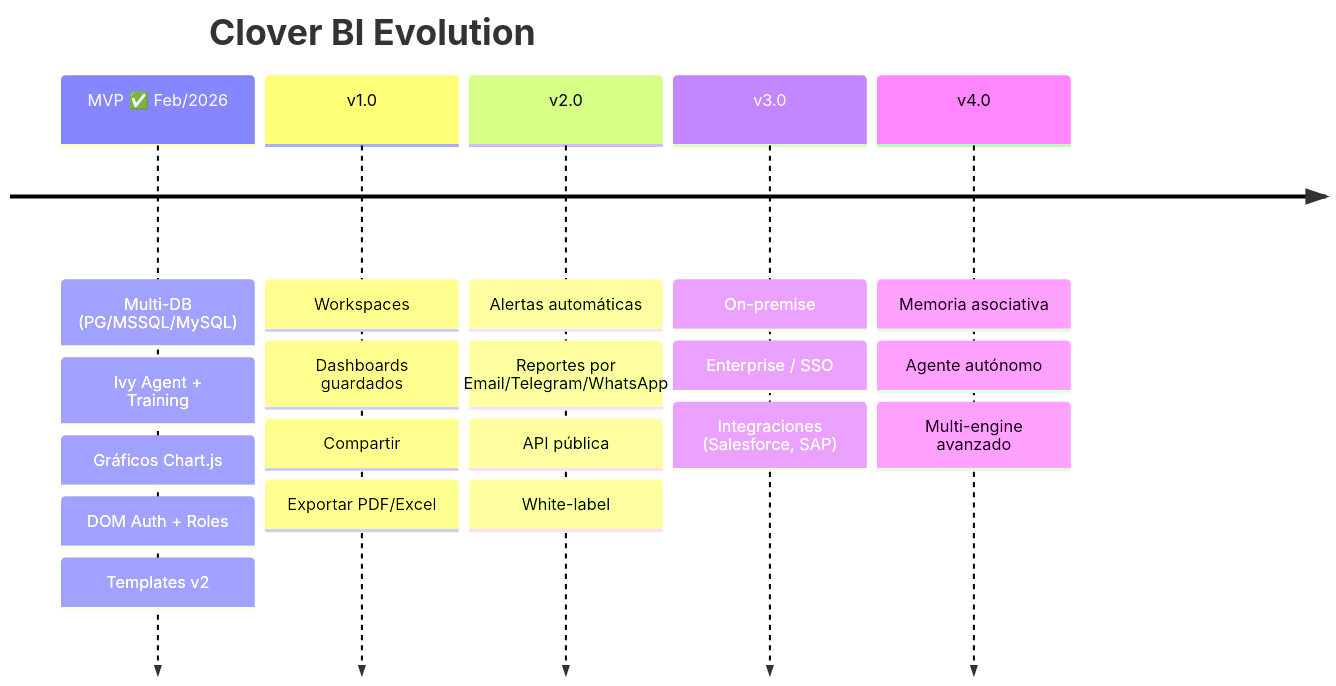
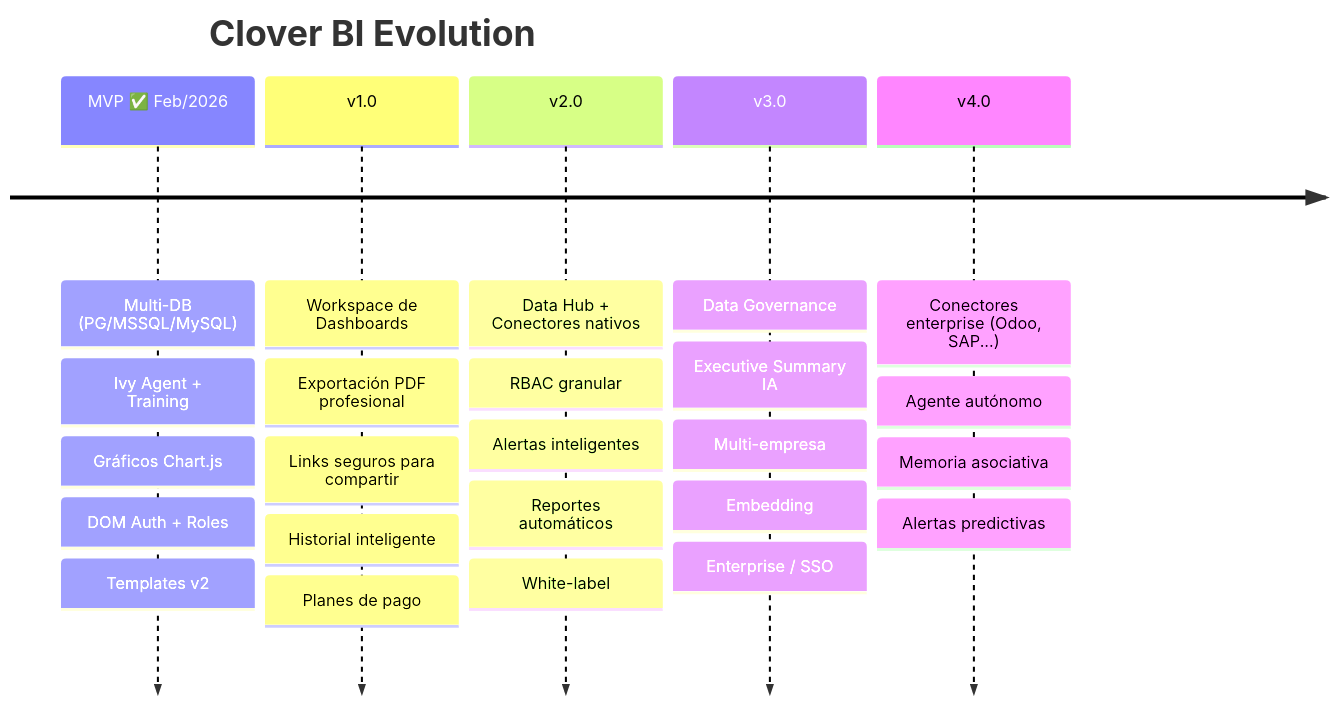
The diagram in docs/05-roadmap.md (dchaves80/CloverBI), drawn with Mermaid before and after one commit. The commit also changed other lines of this file, not shown here.

Commit message:
docs: roadmap v2 — integración propuesta estratégica Juan Toro / Gonzalo Huerta (2026-02-25)

````diff
--- a/docs/05-roadmap.md
+++ b/docs/05-roadmap.md
@@ -5,23 +18,28 @@
 ```mermaid
 timeline
     title Clover BI Evolution
-    MVP ✅ Feb/2026 : Multi-DB (PG/MSSQL/MySQL)
-                   : Ivy Agent + Training
-                   : Gráficos Chart.js
-                   : DOM Auth + Roles
-                   : Templates v2
-    v1.0 : Workspaces
-         : Dashboards guardados
-         : Compartir
-         : Exportar PDF/Excel
-    v2.0 : Alertas automáticas
-         : Reportes por Email/Telegram/WhatsApp
-         : API pública
-         : White-label
-    v3.0 : On-premise
-         : Enterprise / SSO
-         : Integraciones (Salesforce, SAP)
-    v4.0 : Memoria asociativa
-         : Agente autónomo
-         : Multi-engine avanzado
+    MVP ✅ Feb/2026  : Multi-DB (PG/MSSQL/MySQL)
+                    : Ivy Agent + Training
+                    : Gráficos Chart.js
+                    : DOM Auth + Roles
+                    : Templates v2
+    v1.0            : Workspace de Dashboards
+                    : Exportación PDF profesional
+                    : Links seguros para compartir
+                    : Historial inteligente
+                    : Planes de pago
+    v2.0            : Data Hub + Conectores nativos
+                    : RBAC granular
+                    : Alertas inteligentes
+                    : Reportes automáticos
+                    : White-label
+    v3.0            : Data Governance
+                    : Executive Summary IA
+                    : Multi-empresa
+                    : Embedding
+                    : Enterprise / SSO
+    v4.0            : Conectores enterprise (Odoo, SAP...)
+                    : Agente autónomo
+                    : Memoria asociativa
+                    : Alertas predictivas
 ```
````
